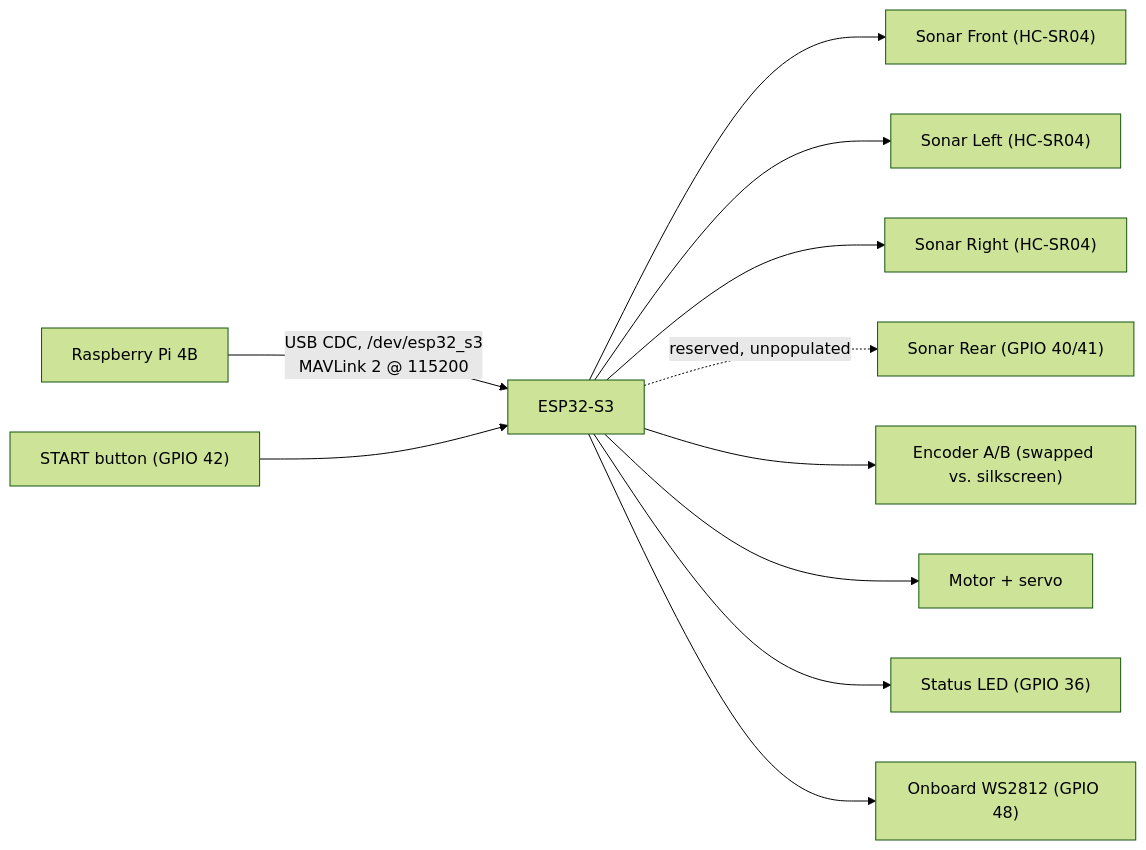
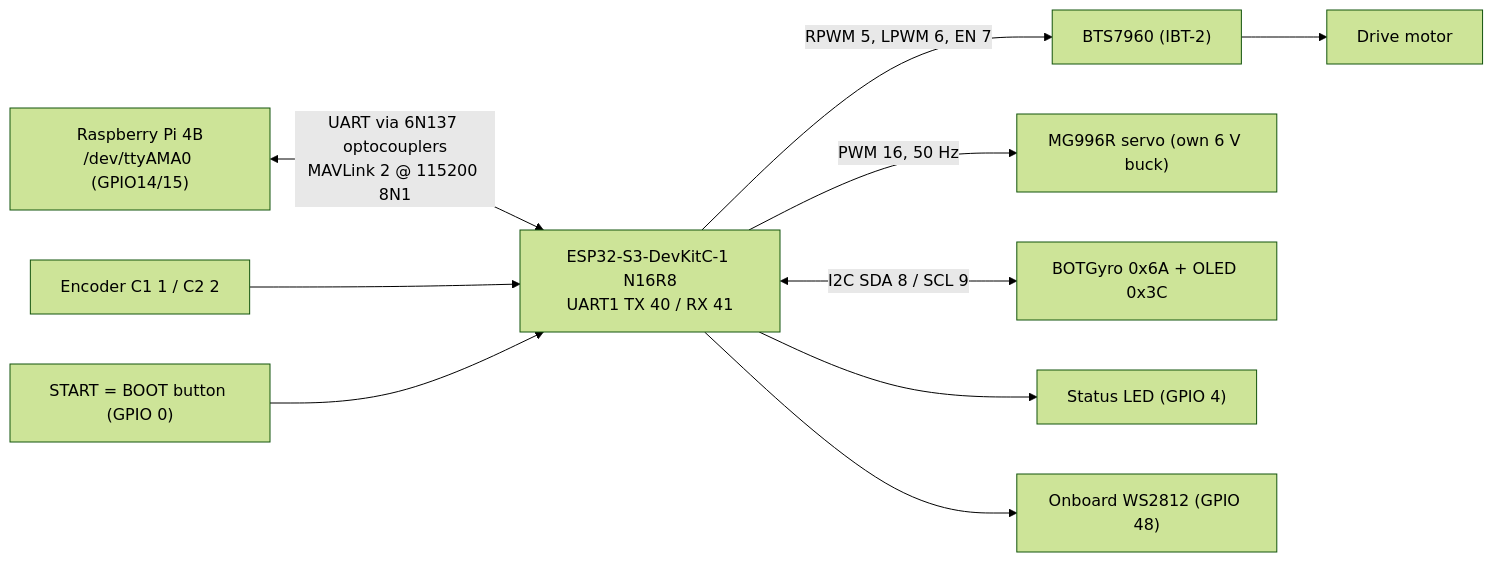
Before and after one commit to muztahiddurjoy/gorur_gari_2026: the diagram in circuit_diagram/README.md, drawn with Mermaid (forest theme). The commit also changed other lines of this file and 4 other files, not shown here.

First line of the commit message:
circuit_diagram: regenerate for the new hardware

````diff
--- a/circuit_diagram/README.md
+++ b/circuit_diagram/README.md
@@ -13,13 +13,11 @@
 ```mermaid
 flowchart LR
-    PI["Raspberry Pi 4B"] -->|"USB CDC, /dev/esp32_s3\nMAVLink 2 @ 115200"| ESP["ESP32-S3"]
-    ESP --> SF["Sonar Front (HC-SR04)"]
-    ESP --> SL["Sonar Left (HC-SR04)"]
-    ESP --> SR["Sonar Right (HC-SR04)"]
-    ESP -.->|"reserved, unpopulated"| SREAR["Sonar Rear (GPIO 40/41)"]
-    ESP --> ENC["Encoder A/B (swapped vs. silkscreen)"]
-    ESP --> ACT["Motor + servo"]
-    BTN["START button (GPIO 42)"] --> ESP
-    ESP --> LED["Status LED (GPIO 36)"]
+    PI["Raspberry Pi 4B\n/dev/ttyAMA0 (GPIO14/15)"] <-->|"UART via 6N137 optocouplers\nMAVLink 2 @ 115200 8N1"| ESP["ESP32-S3-DevKitC-1 N16R8\nUART1 TX 40 / RX 41"]
+    ESP -->|"RPWM 5, LPWM 6, EN 7"| DRV["BTS7960 (IBT-2)"] --> MOT["Drive motor"]
+    ENC["Encoder C1 1 / C2 2"] --> ESP
+    ESP -->|"PWM 16, 50 Hz"| SERVO["MG996R servo (own 6 V buck)"]
+    ESP <-->|"I2C SDA 8 / SCL 9"| I2C["BOTGyro 0x6A + OLED 0x3C"]
+    BTN["START = BOOT button (GPIO 0)"] --> ESP
+    ESP --> LED["Status LED (GPIO 4)"]
     ESP --> PIX["Onboard WS2812 (GPIO 48)"]
 ```
````
